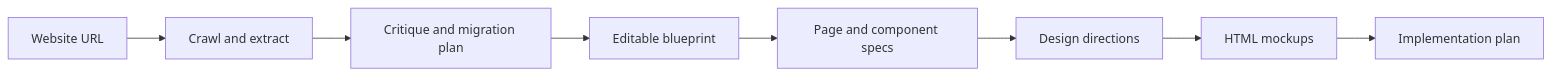
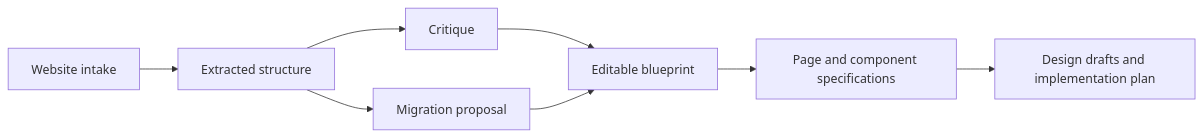
The diagram in README.md (JonasR-Git/web-architect-ai), drawn with Mermaid before and after one commit. The commit also changed other lines of this file and 38 other files, not shown here.

````diff
--- a/README.md
+++ b/README.md
@@ -15,10 +35,10 @@
 ```mermaid
 flowchart LR
-    A[Website URL] --> B[Crawl and extract]
-    B --> C[Critique and migration plan]
-    C --> D[Editable blueprint]
-    D --> E[Page and component specs]
-    E --> F[Design directions]
-    F --> G[HTML mockups]
-    G --> H[Implementation plan]
+  A[Website intake] --> B[Extracted structure]
+  B --> C[Critique]
+  B --> D[Migration proposal]
+  C --> E[Editable blueprint]
+  D --> E
+  E --> F[Page and component specifications]
+  F --> G[Design drafts and implementation plan]
 ```
````
